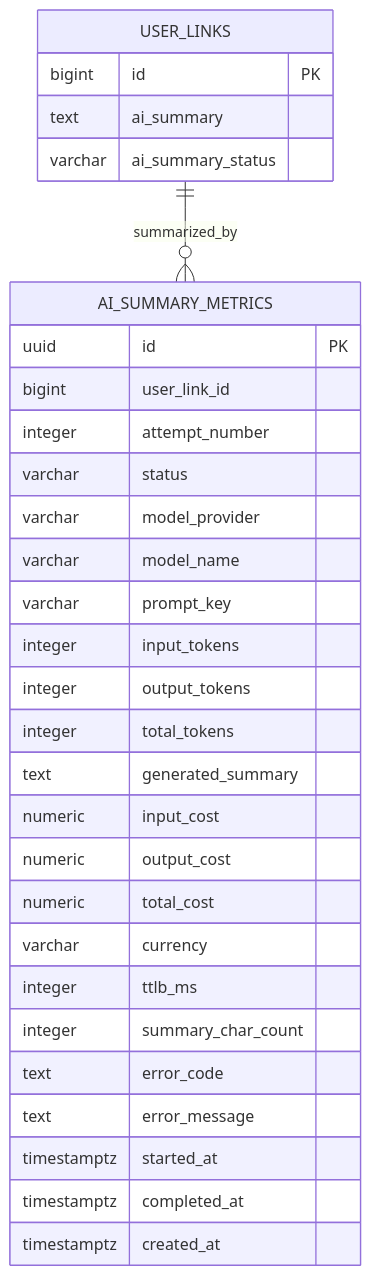
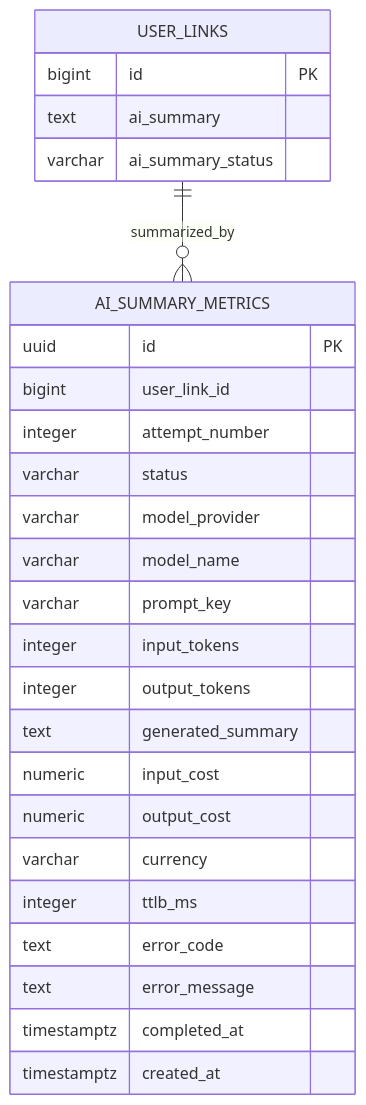
The diagram in docs/database/tables/ai_summary_metrics.md (mash-up-kr/Promise.9-Server), drawn with Mermaid before and after one commit. The commit also changed other lines of this file, not shown here.

Commit message:
docs: ai_summary_metrics 중복 필드 제거

````diff
--- a/docs/database/tables/ai_summary_metrics.md
+++ b/docs/database/tables/ai_summary_metrics.md
@@ -9,35 +9,31 @@
 ```mermaid
 erDiagram
   USER_LINKS ||--o{ AI_SUMMARY_METRICS : summarized_by
 
   USER_LINKS {
     bigint id PK
     text ai_summary
     varchar ai_summary_status
   }
 
   AI_SUMMARY_METRICS {
     uuid id PK
     bigint user_link_id
     integer attempt_number
     varchar status
     varchar model_provider
     varchar model_name
     varchar prompt_key
     integer input_tokens
     integer output_tokens
-    integer total_tokens
     text generated_summary
     numeric input_cost
     numeric output_cost
-    numeric total_cost
     varchar currency
     integer ttlb_ms
-    integer summary_char_count
     text error_code
     text error_message
-    timestamptz started_at
     timestamptz completed_at
     timestamptz created_at
   }
 ```
````
